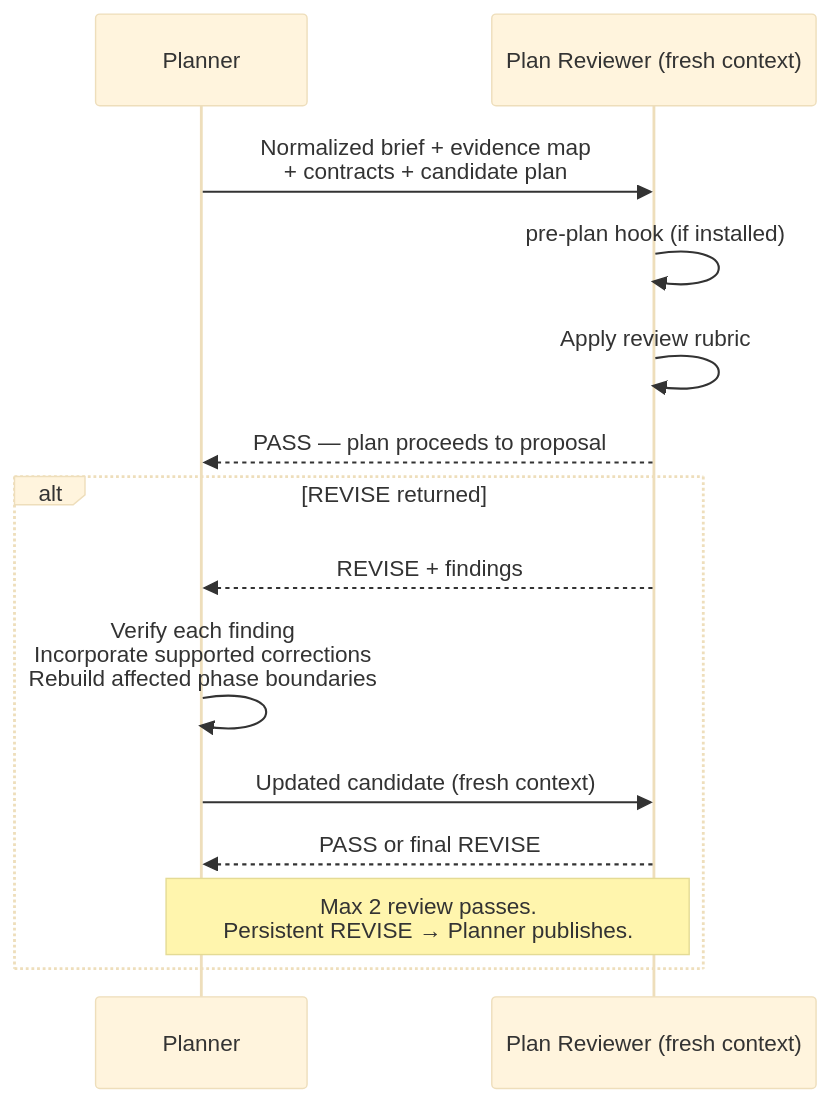
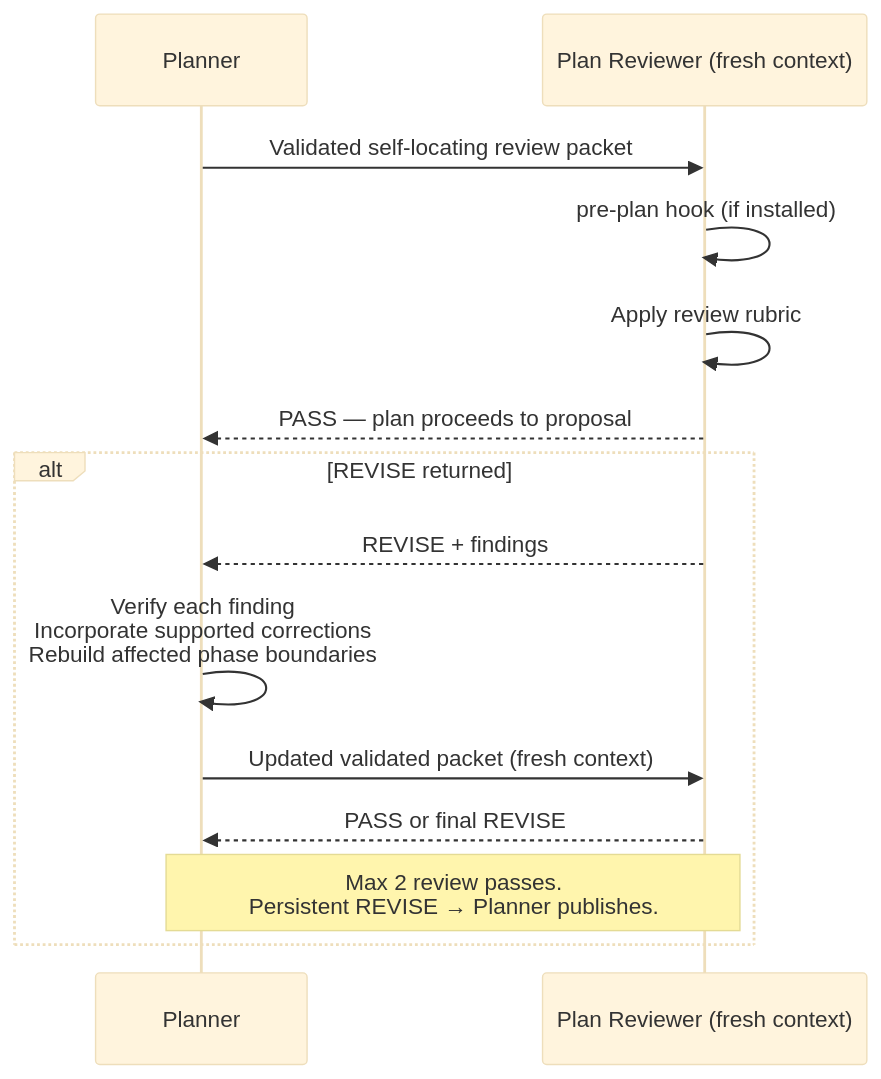
Before and after one commit to ericmaster/agent-fabric: the second of 2 diagrams in docs/architecture/plan-reviewer.md, drawn with Mermaid (base theme). The commit also changed other lines of this file and 22 other files, not shown here.

First line of the commit message:
feat(agents): enforce fail-closed fresh-context Delegation Packet contract

````diff
--- a/docs/architecture/plan-reviewer.md
+++ b/docs/architecture/plan-reviewer.md
@@ -108,18 +110,18 @@
 ```mermaid
 sequenceDiagram
     participant P as Planner
     participant R as Plan Reviewer (fresh context)
 
-    P->>R: Normalized brief + evidence map<br/>+ contracts + candidate plan
+    P->>R: Validated self-locating review packet
     R->>R: pre-plan hook (if installed)
     R->>R: Apply review rubric
     R-->>P: PASS — plan proceeds to proposal
 
     alt REVISE returned
         R-->>P: REVISE + findings
         P->>P: Verify each finding<br/>Incorporate supported corrections<br/>Rebuild affected phase boundaries
-        P->>R: Updated candidate (fresh context)
+        P->>R: Updated validated packet (fresh context)
         R-->>P: PASS or final REVISE
         Note over P,R: Max 2 review passes.<br/>Persistent REVISE → Planner publishes.
     end
 ```
````
